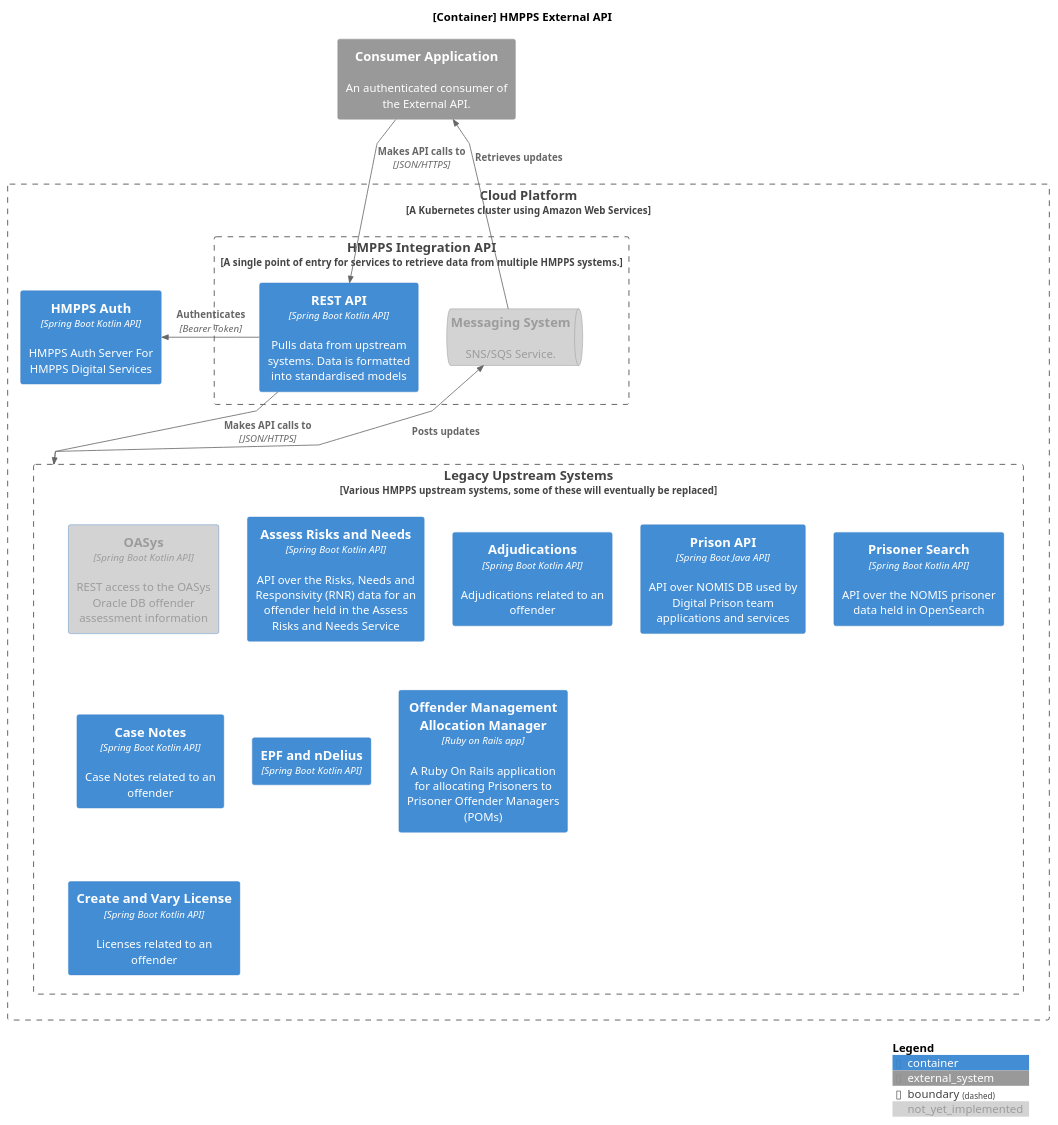
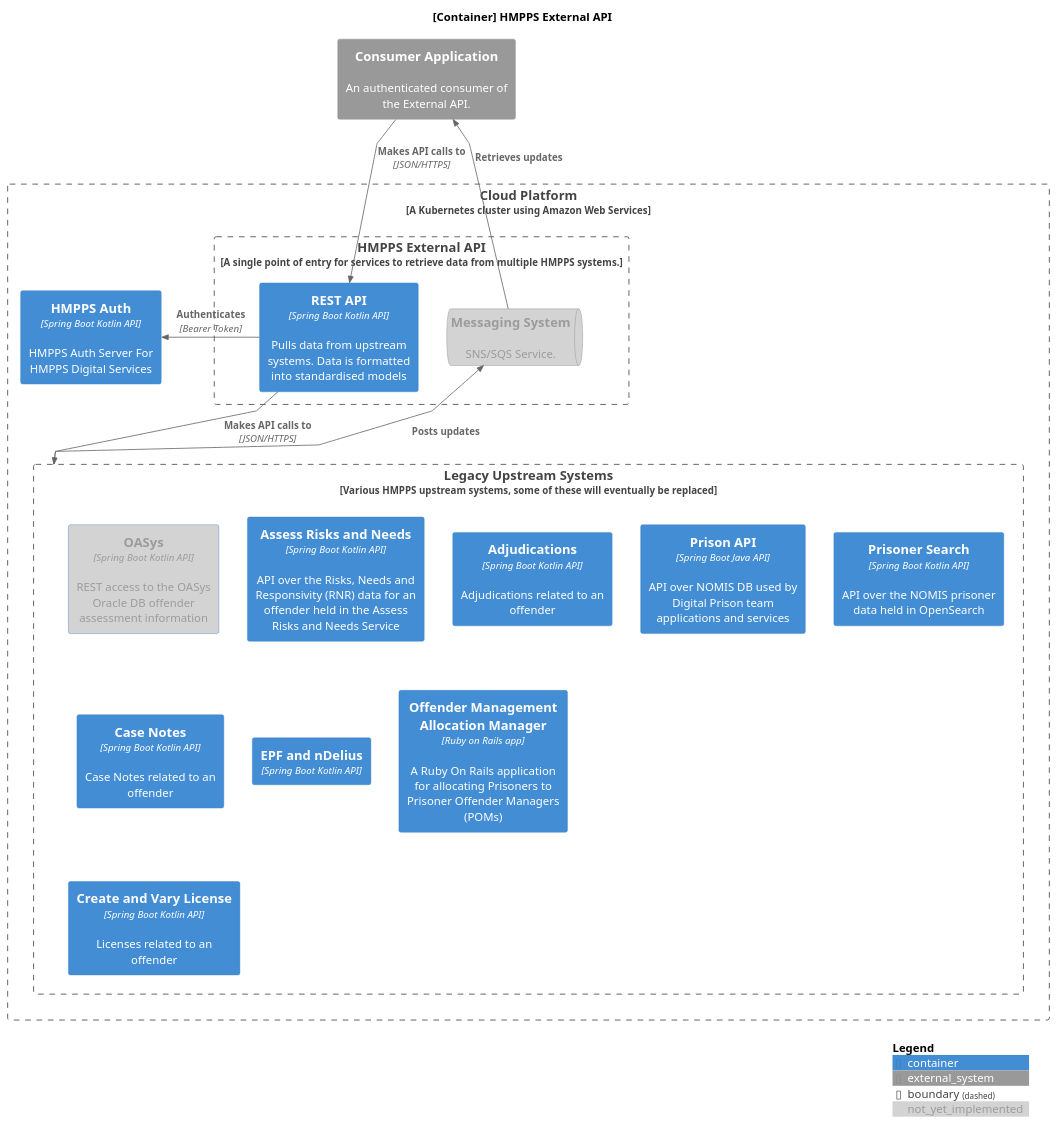
Before and after one commit to ministryofjustice/hmpps-integration-api: the diagram in docs/diagrams/container.puml, drawn with PlantUML. The commit also changed 1 other file, not shown here.

Commit message:
More diagram name changes

```diff
--- a/docs/diagrams/container.puml
+++ b/docs/diagrams/container.puml
@@ -1,44 +1,44 @@
 @startuml container
 
 !include https://raw.githubusercontent.com/plantuml-stdlib/C4-PlantUML/master/C4_Container.puml
 
 skinparam linetype polyline
 
 title [Container] HMPPS External API
 
 AddElementTag("not_yet_implemented", $bgColor="#D3D3D3", $fontColor="#9C9C9C")
 
 System_Ext(consumer, "Consumer Application", "An authenticated consumer of the External API.")
 
 Boundary(aws_cloudplatform, "Cloud Platform", "A Kubernetes cluster using Amazon Web Services", $link="https://user-guide.cloud-platform.service.justice.gov.uk/documentation/concepts/cp-tech-overview.html") {
-    Boundary(hmpps_integration_api, "HMPPS Integration API", "A single point of entry for services to retrieve data from multiple HMPPS systems."){
+    Boundary(hmpps_integration_api, "HMPPS External API", "A single point of entry for services to retrieve data from multiple HMPPS systems."){
         Container(spring_boot_api, "REST API", "Spring Boot Kotlin API", "Pulls data from upstream systems. Data is formatted into standardised models", $link="https://github.com/ministryofjustice/hmpps-integration-api")
         SystemQueue_Ext(messaging, "Messaging System", "SNS/SQS Service.",$tags="not_yet_implemented")
     }
 
     Container(hmpps_auth, "HMPPS Auth", "Spring Boot Kotlin API", "	UI and OAuth2 server integrating with NOMIS database, nDelius (via Community api) and an auth database for storing external users", $link="https://github.com/ministryofjustice/hmpps-auth")
 
     Boundary(upstream, "Legacy Upstream Systems", "Various HMPPS upstream systems, some of these will eventually be replaced"){
         Container(prison_api, "Prison API", "Spring Boot Java API", "API over NOMIS DB used by Digital Prison team applications and services", $link="https://github.com/ministryofjustice/prison-api")
         Container(prisoner_search, "Prisoner Search", "Spring Boot Kotlin API", "API over the NOMIS prisoner data held in OpenSearch", $link="https://github.com/ministryofjustice/hmpps-prisoner-search")
         Container(oasys, "OASys", "Spring Boot Kotlin API", "REST access to the OASys Oracle DB offender assessment information", $link="https://github.com/ministryofjustice/offender-assessments-api-kotlin", $tags="not_yet_implemented")
         Container(oasys_arn, "Assess Risks and Needs", "Spring Boot Kotlin API", "API over the Risks, Needs and Responsivity (RNR) data for an offender held in the Assess Risks and Needs Service", $link="https://github.com/ministryofjustice/hmpps-assess-risks-and-needs")
         Container(adjudications, "Adjudications", "Spring Boot Kotlin API", "Adjudications related to an offender", $link="https://github.com/ministryofjustice/hmpps-manage-adjudications-api")
         Container(case_notes, "Case Notes", "Spring Boot Kotlin API", "Case Notes related to an offender", $link="https://github.com/ministryofjustice/offender-case-notes")
         Container(effective_proposal_framework, "EPF and nDelius", "Spring Boot Kotlin API")
         Container(manage_POM_cases, "Offender Management Allocation Manager", "Ruby on Rails app", "A Ruby On Rails application for allocating Prisoners to Prisoner Offender Managers (POMs)", $link="https://github.com/ministryofjustice/offender-management-allocation-manager")
         Container(create_and_vary_license, "Create and Vary License", "Spring Boot Kotlin API", "Licenses related to an offender", $link="https://github.com/ministryofjustice/create-and-vary-a-licence-api")
         Container(hmpps_auth, "HMPPS Auth", "Spring Boot Kotlin API", "HMPPS Auth Server For HMPPS Digital Services", $link="https://github.com/ministryofjustice/hmpps-auth")
         Lay_L(prisoner_search, prison_api)
     }
 }
 
 Rel(consumer, spring_boot_api, "Makes API calls to", "JSON/HTTPS")
 Rel(messaging, consumer, "Retrieves updates")
 Rel_Up(upstream, messaging, "Posts updates")
 Rel_Right(spring_boot_api, hmpps_auth, "Authenticates", "Bearer Token")
 Rel_Down(spring_boot_api, upstream, "Makes API calls to", "JSON/HTTPS")
 
 SHOW_DYNAMIC_LEGEND()
 
 @enduml
```
